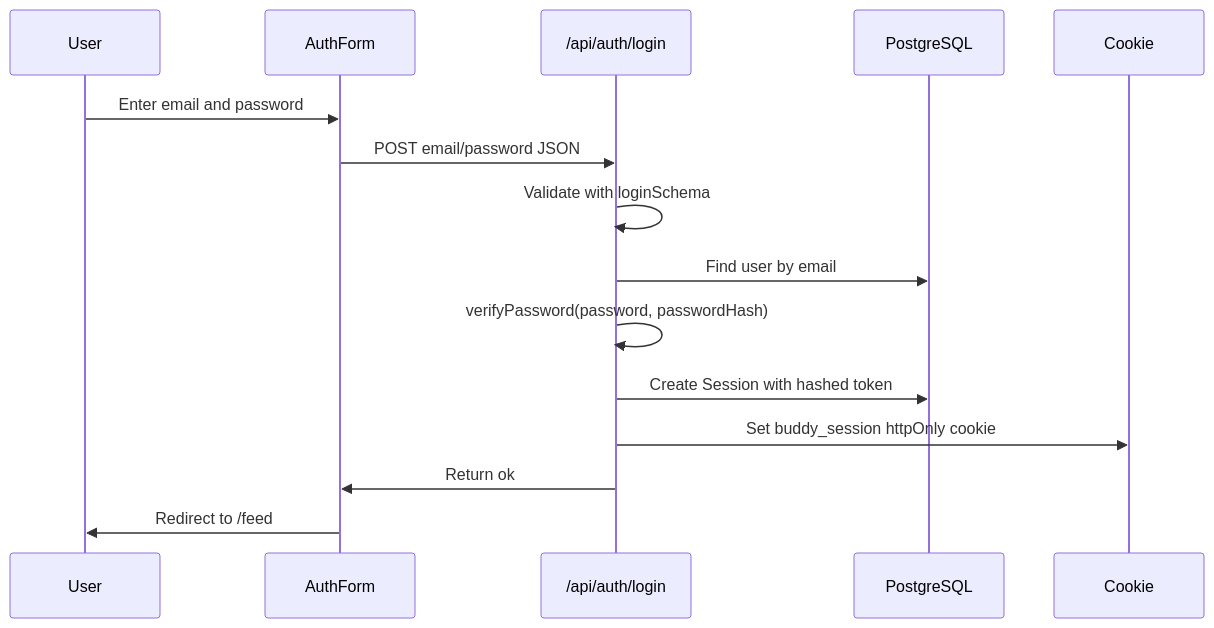
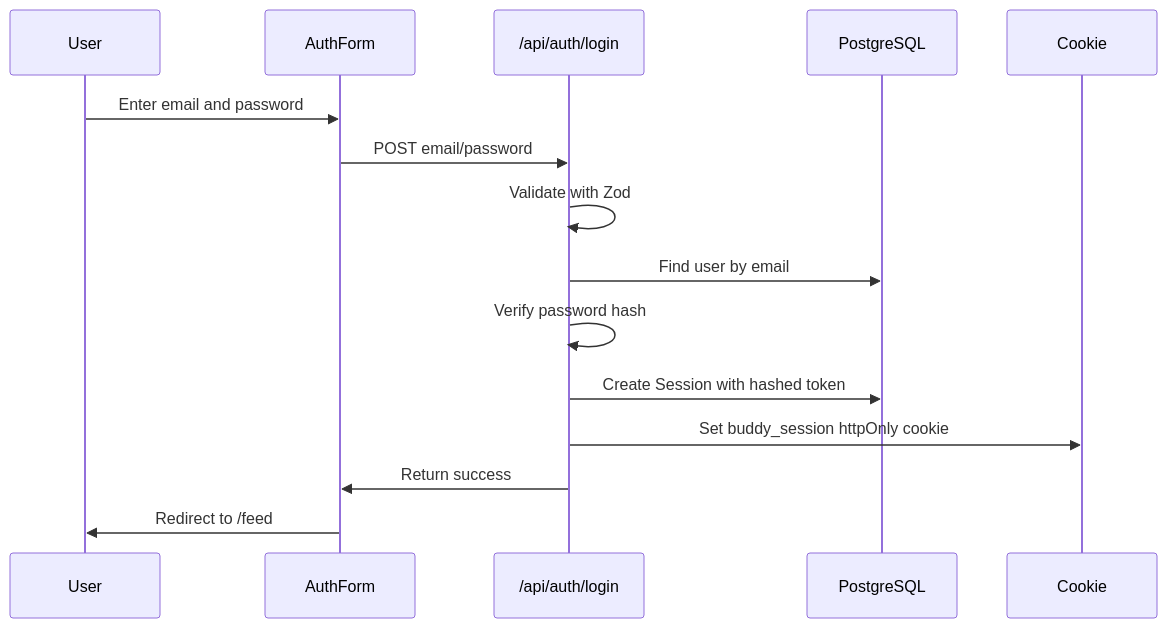
The second of 4 diagrams in SYSTEM_DESIGN_NOTES.md (Msajib/buddy-script), drawn with Mermaid before and after one commit. The commit also changed other lines of this file and 6 other files, not shown here.

````diff
--- a/SYSTEM_DESIGN_NOTES.md
+++ b/SYSTEM_DESIGN_NOTES.md
@@ -119,18 +354,18 @@
 ```mermaid
 sequenceDiagram
   participant U as User
   participant F as AuthForm
   participant A as /api/auth/login
   participant DB as PostgreSQL
   participant C as Cookie
 
   U->>F: Enter email and password
-  F->>A: POST email/password JSON
-  A->>A: Validate with loginSchema
+  F->>A: POST email/password
+  A->>A: Validate with Zod
   A->>DB: Find user by email
-  A->>A: verifyPassword(password, passwordHash)
+  A->>A: Verify password hash
   A->>DB: Create Session with hashed token
   A->>C: Set buddy_session httpOnly cookie
-  A->>F: Return ok
+  A->>F: Return success
   F->>U: Redirect to /feed
 ```
````
